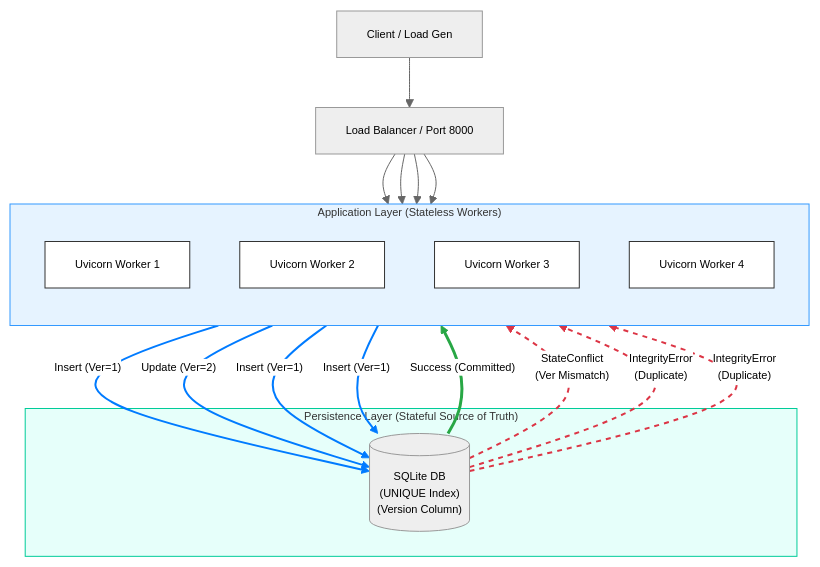
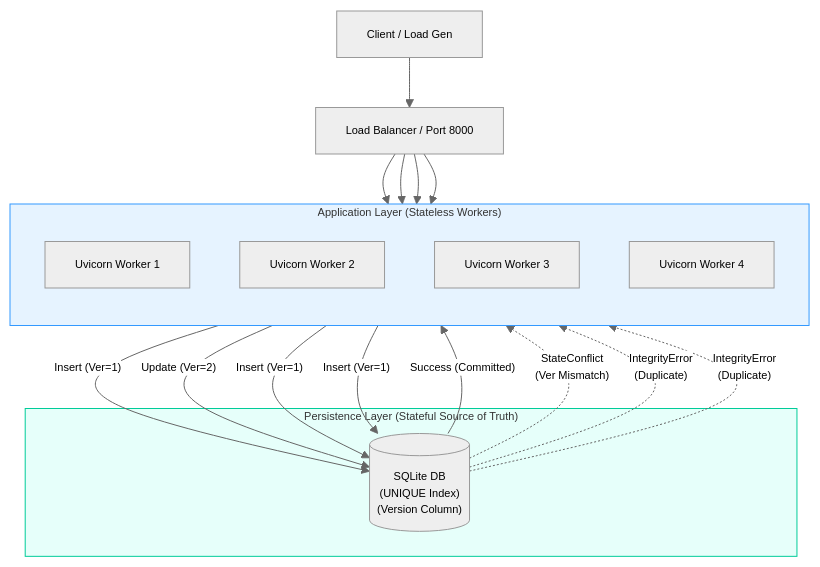
The first of 13 diagrams in docs/architecture/system_design.md (the-write-path-code/ch11-13-ucp-a2a-payment-integrity), drawn with Mermaid before and after one commit. The commit also changed other lines of this file, not shown here.

Commit message:
Simplify deployment topology diagram in system design
Removed styling classes and link styles from the deployment topology diagram.

````diff
--- a/docs/architecture/system_design.md
+++ b/docs/architecture/system_design.md
@@ -12,49 +9,42 @@
 ```mermaid
 %%{init: {"theme": "neutral", "themeVariables": {"fontFamily": "Arial, Helvetica, sans-serif", "fontSize": "11px", "actorFontSize": "11px", "noteFontSize": "10px", "messageFontSize": "10px"}}}%%
 flowchart TD
     Client["Client / Load Gen"]
     LB["Load Balancer / Port 8000"]
     
     subgraph AppLayer ["Application Layer (Stateless Workers)"]
         direction TB
         style AppLayer fill:#e6f3ff,stroke:#3399ff,stroke-width:1px
         W1["Uvicorn Worker 1"]
         W2["Uvicorn Worker 2"]
         W3["Uvicorn Worker 3"]
         W4["Uvicorn Worker 4"]
     end
     
     subgraph DataLayer ["Persistence Layer (Stateful Source of Truth)"]
         style DataLayer fill:#e6fffa,stroke:#00cc99,stroke-width:1px
         DB[("SQLite DB<br/>(UNIQUE Index)<br/>(Version Column)")]
     end
     
     %% Infrastructure Flow (Neutral)
     Client --> LB
     LB --> W1
     LB --> W2
     LB --> W3
     LB --> W4
     
     %% Outbound Requests (Blue)
     W1 -- "Insert (Ver=1)" --> DB
     W2 -- "Update (Ver=2)" --> DB
     W3 -- "Insert (Ver=1)" --> DB
     W4 -- "Insert (Ver=1)" --> DB
     
     %% Return Signals - SUCCESS (Green)
     DB -- "Success (Committed)" --> W2
     
     %% Return Signals - FAILURE (Red)
     DB -. "StateConflict<br/>(Ver Mismatch)" .-> W1
     DB -. "IntegrityError<br/>(Duplicate)" .-> W3
     DB -. "IntegrityError<br/>(Duplicate)" .-> W4
     
-    %% Styling Classes
-    classDef worker fill:#fff,stroke:#333,stroke-width:1px;
-    class W1,W2,W3,W4 worker;
-    
-    linkStyle 5,6,7,8 stroke:#007bff,stroke-width:2px;
-    linkStyle 9 stroke:#28a745,stroke-width:3px;
-    linkStyle 10,11,12 stroke:#dc3545,stroke-width:2px,stroke-dasharray: 5 5;
 ```
````
